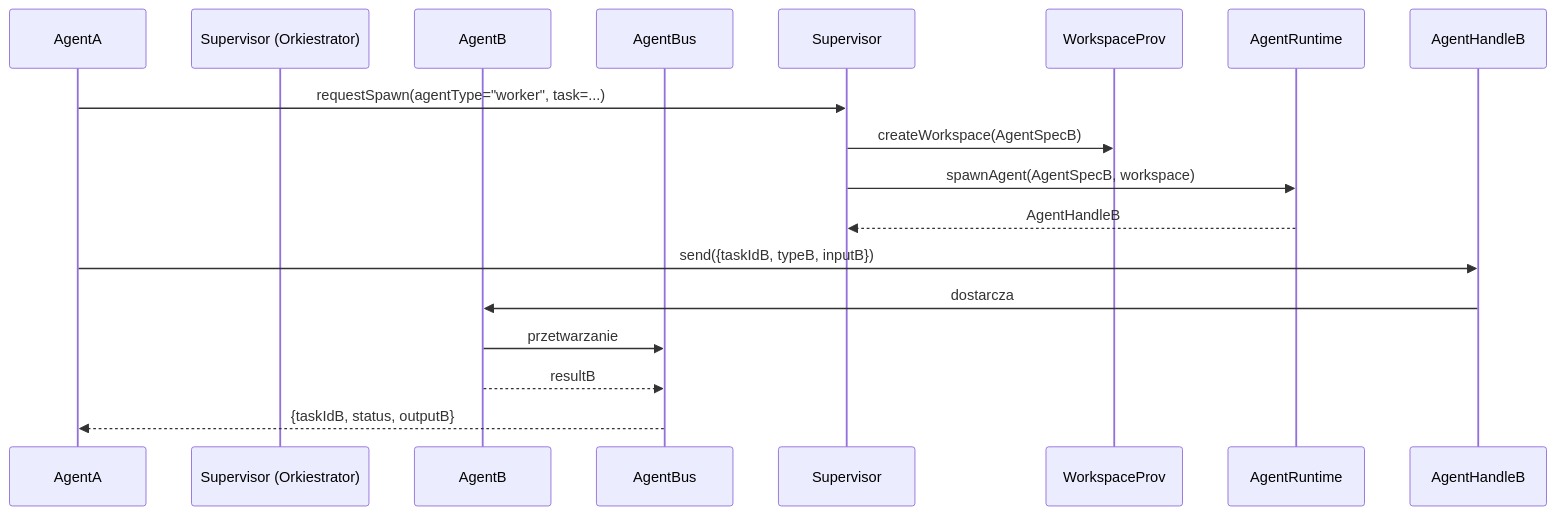
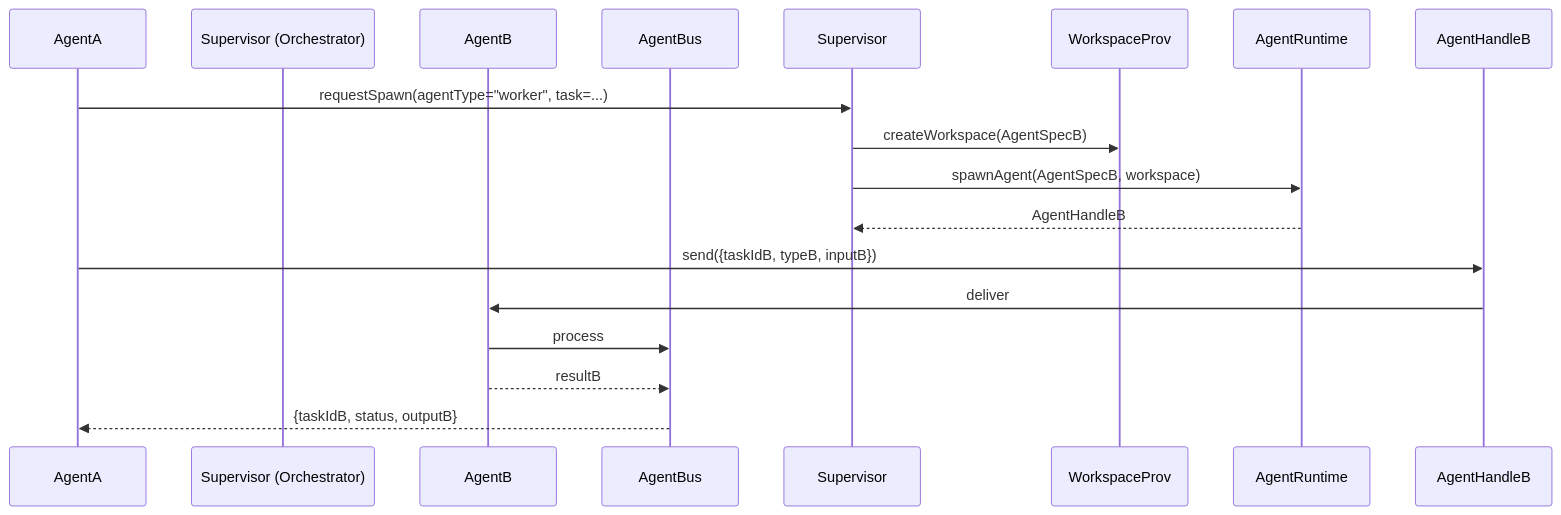
The second of 4 diagrams in .pi/plans/deep-research-report.md (misiekhardcore/feature-forge), drawn with Mermaid before and after one commit. The commit also changed other lines of this file, not shown here.

````diff
--- a/.pi/plans/deep-research-report.md
+++ b/.pi/plans/deep-research-report.md
@@ -117,17 +122,17 @@
 ```mermaid
 sequenceDiagram
     participant AgentA
-    participant Supervisor (Orkiestrator)
+    participant Supervisor (Orchestrator)
     participant AgentB
     participant AgentBus
 
     AgentA->>Supervisor: requestSpawn(agentType="worker", task=...)
     Supervisor->>WorkspaceProv: createWorkspace(AgentSpecB)
     Supervisor->>AgentRuntime: spawnAgent(AgentSpecB, workspace)
     AgentRuntime-->>Supervisor: AgentHandleB
     AgentA->>AgentHandleB: send({taskIdB, typeB, inputB})
-    AgentHandleB->>AgentB: dostarcza
-    AgentB->>AgentBus: przetwarzanie
+    AgentHandleB->>AgentB: deliver
+    AgentB->>AgentBus: process
     AgentB-->>AgentBus: resultB
     AgentBus-->>AgentA: {taskIdB, status, outputB}
 ```
````
